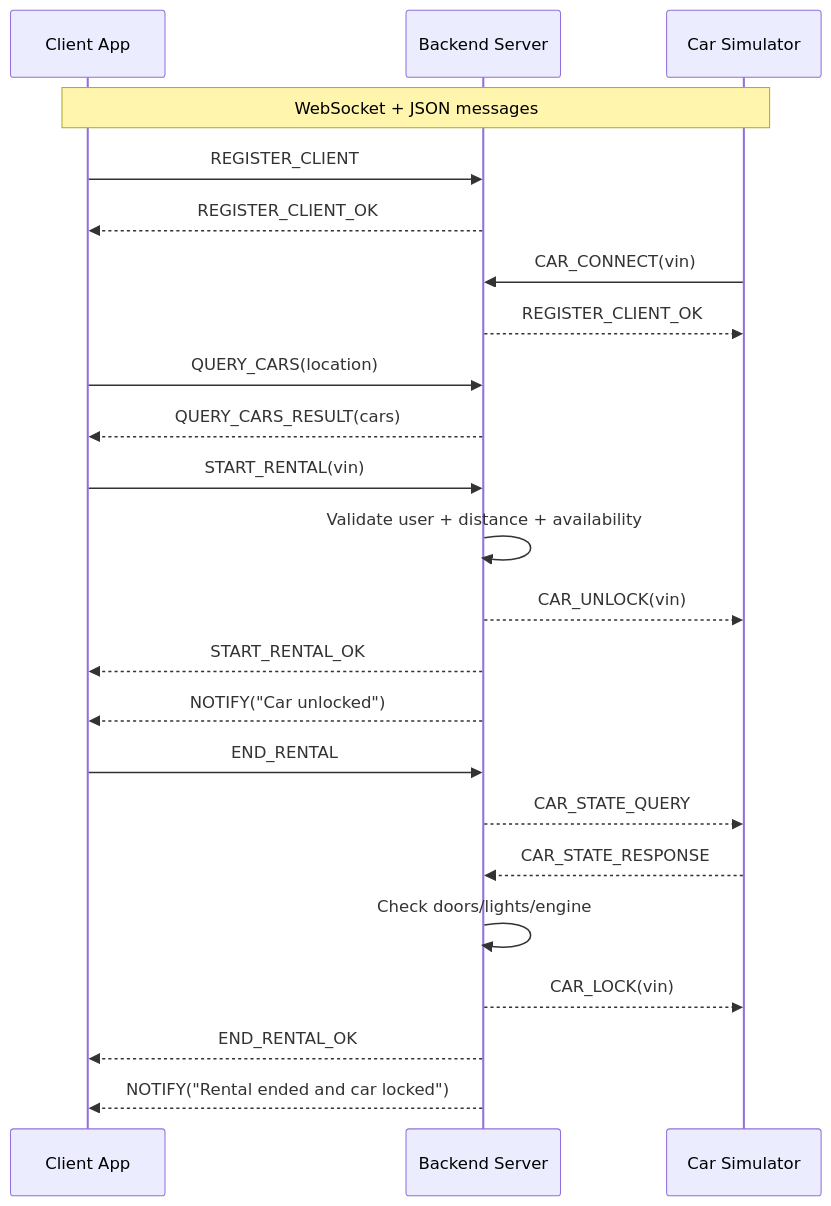
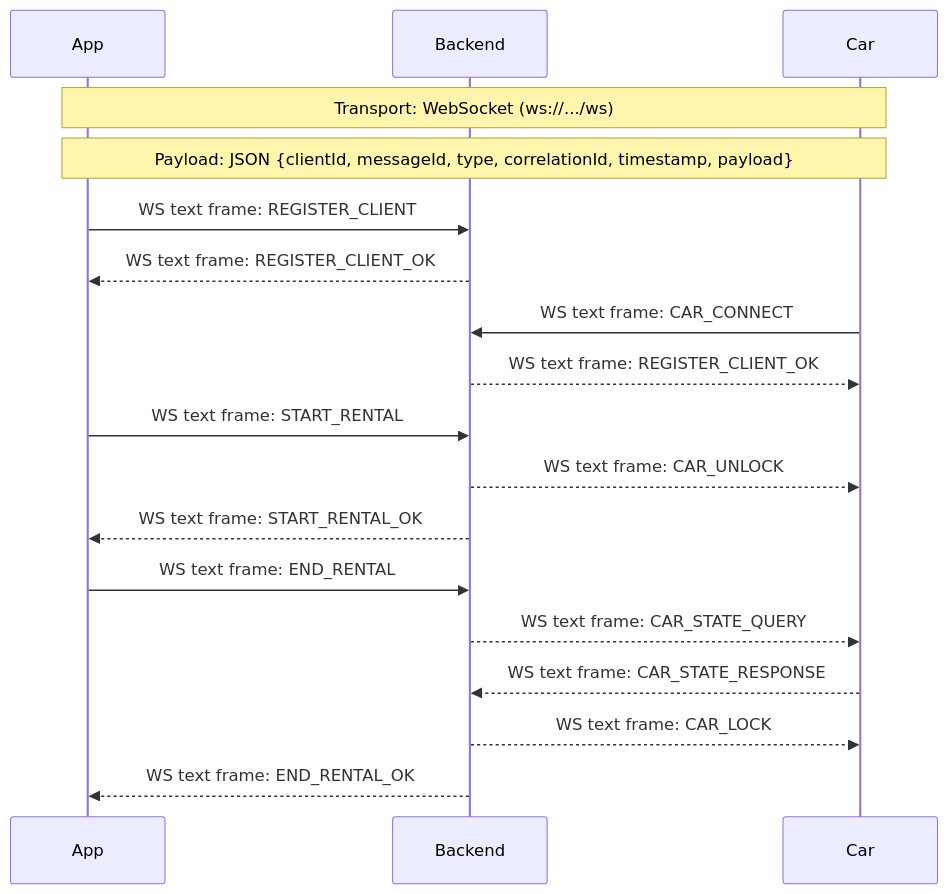
The diagram in lab1/uml/sequence-overview.md (andrei-mrd/ISSA_LABS), drawn with Mermaid before and after one commit. The commit also changed other lines of this file, not shown here.

````diff
--- a/lab1/uml/sequence-overview.md
+++ b/lab1/uml/sequence-overview.md
@@ -5,31 +3,25 @@
 ```mermaid
 sequenceDiagram
-  participant PhoneApp as Client App
-  participant Backend as Backend Server
-  participant Car as Car Simulator
+  participant App
+  participant Backend
+  participant Car
 
-  Note over PhoneApp,Car: WebSocket + JSON messages
+  Note over App,Car: Transport: WebSocket (ws://.../ws)
+  Note over App,Car: Payload: JSON {clientId, messageId, type, correlationId, timestamp, payload}
 
-  PhoneApp->>Backend: REGISTER_CLIENT
-  Backend-->>PhoneApp: REGISTER_CLIENT_OK
+  App->>Backend: WS text frame: REGISTER_CLIENT
+  Backend-->>App: WS text frame: REGISTER_CLIENT_OK
 
-  Car->>Backend: CAR_CONNECT(vin)
-  Backend-->>Car: REGISTER_CLIENT_OK
+  Car->>Backend: WS text frame: CAR_CONNECT
+  Backend-->>Car: WS text frame: REGISTER_CLIENT_OK
 
-  PhoneApp->>Backend: QUERY_CARS(location)
-  Backend-->>PhoneApp: QUERY_CARS_RESULT(cars)
+  App->>Backend: WS text frame: START_RENTAL
+  Backend-->>Car: WS text frame: CAR_UNLOCK
+  Backend-->>App: WS text frame: START_RENTAL_OK
 
-  PhoneApp->>Backend: START_RENTAL(vin)
-  Backend->>Backend: Validate user + distance + availability
-  Backend-->>Car: CAR_UNLOCK(vin)
-  Backend-->>PhoneApp: START_RENTAL_OK
-  Backend-->>PhoneApp: NOTIFY("Car unlocked")
-
-  PhoneApp->>Backend: END_RENTAL
-  Backend-->>Car: CAR_STATE_QUERY
-  Car-->>Backend: CAR_STATE_RESPONSE
-  Backend->>Backend: Check doors/lights/engine
-  Backend-->>Car: CAR_LOCK(vin)
-  Backend-->>PhoneApp: END_RENTAL_OK
-  Backend-->>PhoneApp: NOTIFY("Rental ended and car locked")
+  App->>Backend: WS text frame: END_RENTAL
+  Backend-->>Car: WS text frame: CAR_STATE_QUERY
+  Car-->>Backend: WS text frame: CAR_STATE_RESPONSE
+  Backend-->>Car: WS text frame: CAR_LOCK
+  Backend-->>App: WS text frame: END_RENTAL_OK
 ```
````
